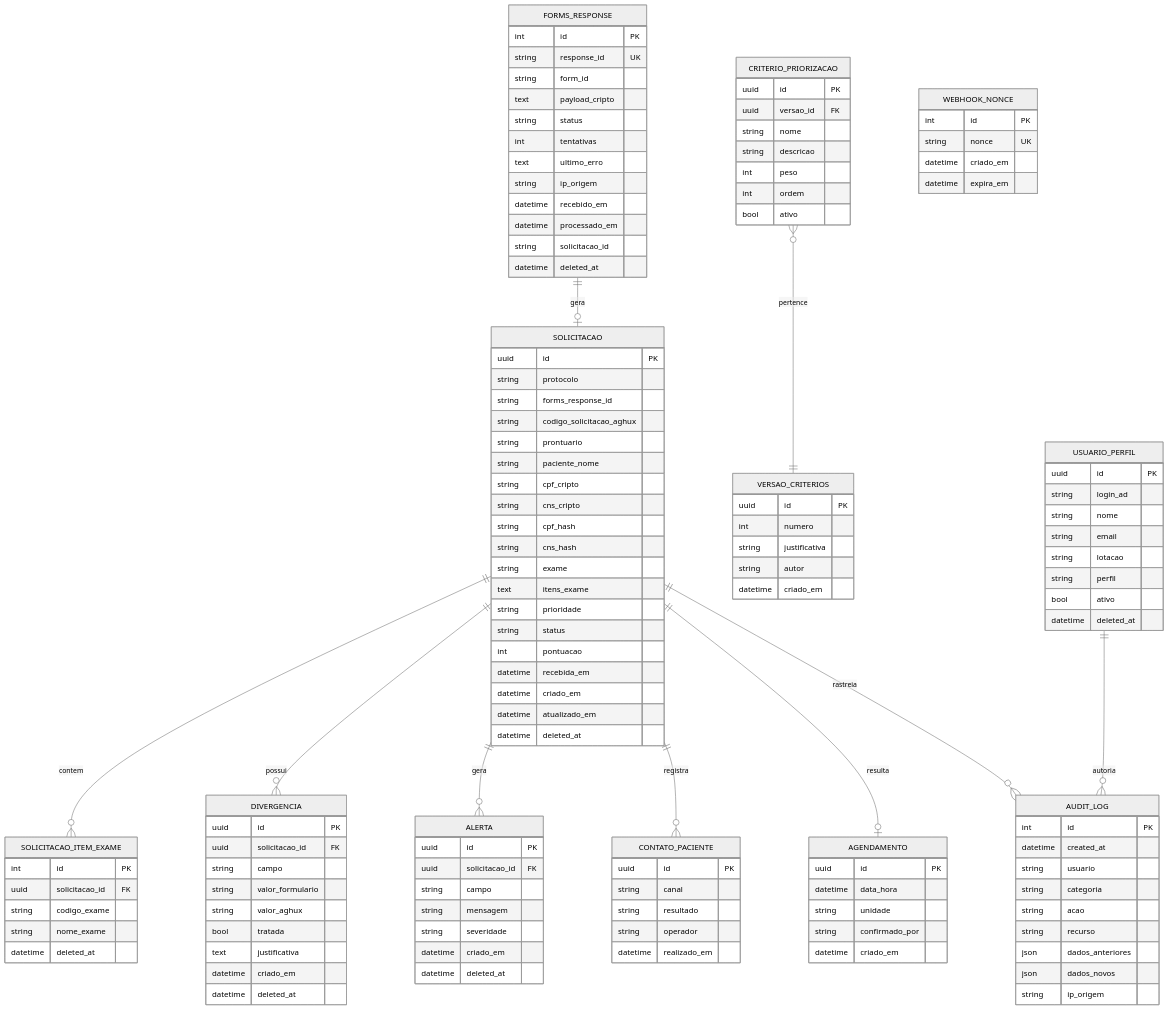
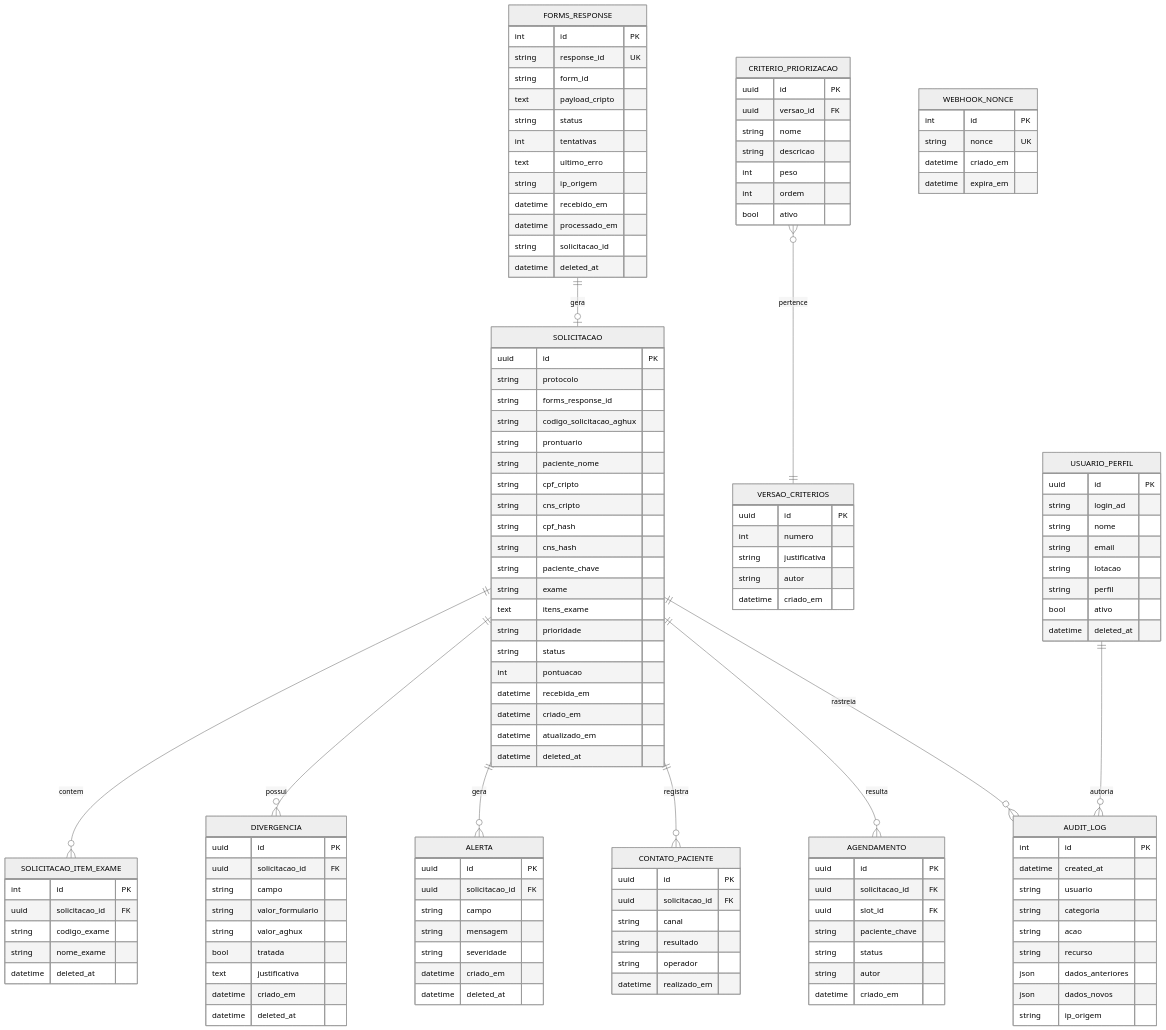
The first of 2 diagrams in docs/especificacao/04-modelo-dados.md (HCUFPE/Framework-SETISD-HC-UFPE), drawn with Mermaid (neutral theme) before and after one commit. The commit also changed other lines of this file and 38 other files, not shown here.

```diff
--- a/docs/especificacao/04-modelo-dados.md
+++ b/docs/especificacao/04-modelo-dados.md
@@ -9,7 +9,7 @@
   SOLICITACAO ||--o{ DIVERGENCIA : possui
   SOLICITACAO ||--o{ ALERTA : gera
   SOLICITACAO ||--o{ CONTATO_PACIENTE : registra
-  SOLICITACAO ||--o| AGENDAMENTO : resulta
+  SOLICITACAO ||--o{ AGENDAMENTO : resulta
   SOLICITACAO ||--o{ AUDIT_LOG : rastreia
   CRITERIO_PRIORIZACAO }o--|| VERSAO_CRITERIOS : pertence
   USUARIO_PERFIL ||--o{ AUDIT_LOG : autoria
@@ -45,6 +45,7 @@
     string cns_cripto
     string cpf_hash
     string cns_hash
+    string paciente_chave
     string exame
     text itens_exame
     string prioridade
@@ -100,6 +101,7 @@
   }
   CONTATO_PACIENTE {
     uuid id PK
+    uuid solicitacao_id FK
     string canal
     string resultado
     string operador
@@ -107,9 +109,11 @@
   }
   AGENDAMENTO {
     uuid id PK
-    datetime data_hora
-    string unidade
-    string confirmado_por
+    uuid solicitacao_id FK
+    uuid slot_id FK
+    string paciente_chave
+    string status
+    string autor
     datetime criado_em
   }
   USUARIO_PERFIL {
```
